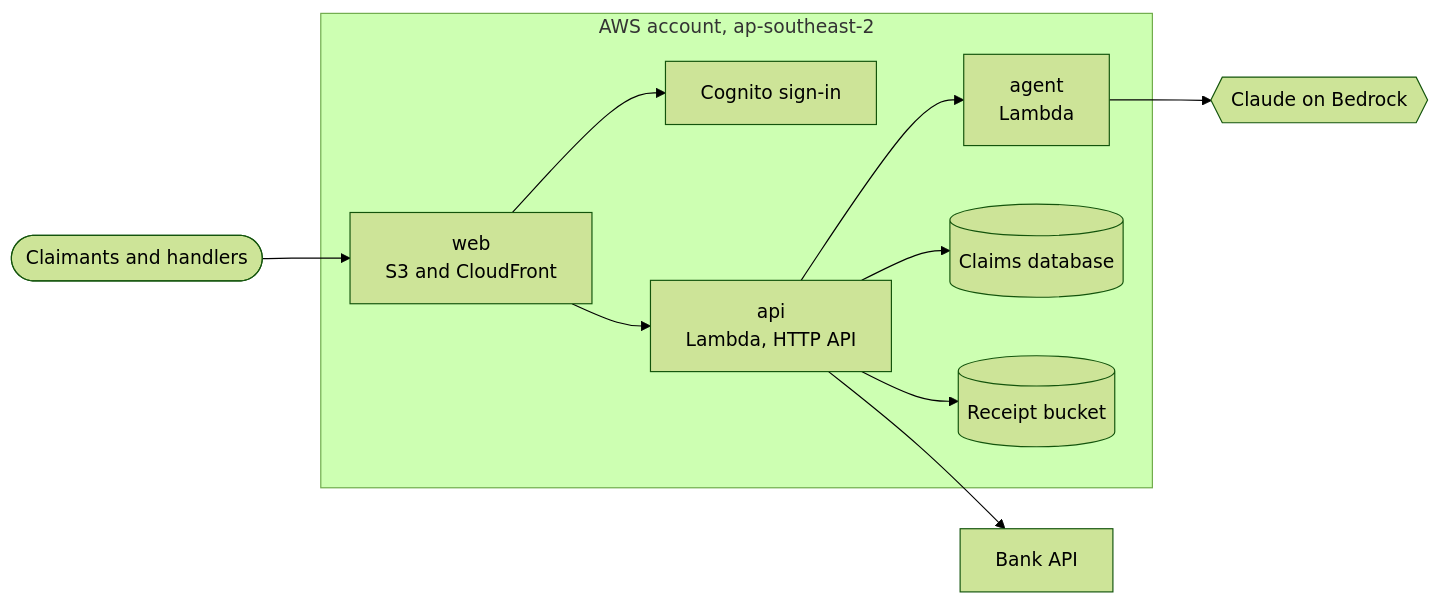
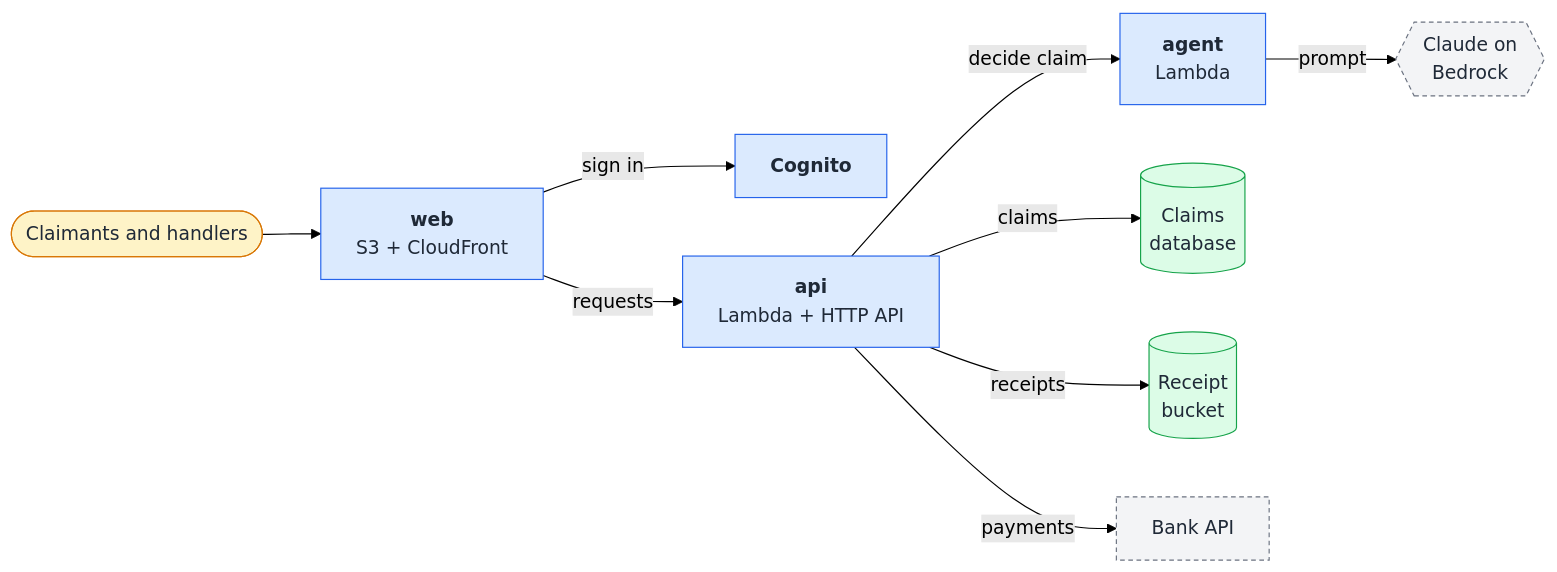
The diagram in README.md (euginevd/sdlc-template), drawn with Mermaid (forest theme) before and after one commit.

Commit message:
README: drop the AWS box and tidy the architecture diagram
Label each connection, colour nodes by role (people, apps, data, external)
and mark external services with dashed borders.

````diff
--- a/README.md
+++ b/README.md
@@ -31,25 +31,33 @@
 ```mermaid
 flowchart LR
   users([Claimants and handlers])
 
-  subgraph aws ["AWS account, ap-southeast-2"]
-    cognito[Cognito sign-in]
-    web["web<br/>S3 and CloudFront"]
-    api["api<br/>Lambda, HTTP API"]
-    agent["agent<br/>Lambda"]
-    db[(Claims database)]
-    bucket[(Receipt bucket)]
-  end
+  web["<b>web</b><br/>S3 + CloudFront"]
+  cognito["<b>Cognito</b>"]
+  api["<b>api</b><br/>Lambda + HTTP API"]
+  agent["<b>agent</b><br/>Lambda"]
+  db[("Claims<br/>database")]
+  bucket[("Receipt<br/>bucket")]
 
-  claude{{Claude on Bedrock}}
-  bank[Bank API]
+  claude{{"Claude on<br/>Bedrock"}}
+  bank["Bank API"]
 
   users --> web
-  web --> cognito
-  web --> api
-  api --> agent
-  agent --> claude
-  api --> db
-  api --> bucket
-  api --> bank
+  web -->|sign in| cognito
+  web -->|requests| api
+  api -->|claims| db
+  api -->|receipts| bucket
+  api -->|decide claim| agent
+  agent -->|prompt| claude
+  api -->|payments| bank
+
+  classDef person fill:#fef3c7,stroke:#d97706,color:#1f2937
+  classDef app fill:#dbeafe,stroke:#2563eb,color:#1f2937
+  classDef store fill:#dcfce7,stroke:#16a34a,color:#1f2937
+  classDef external fill:#f3f4f6,stroke:#6b7280,color:#1f2937,stroke-dasharray:4 3
+
+  class users person
+  class web,cognito,api,agent app
+  class db,bucket store
+  class claude,bank external
 ```
````
